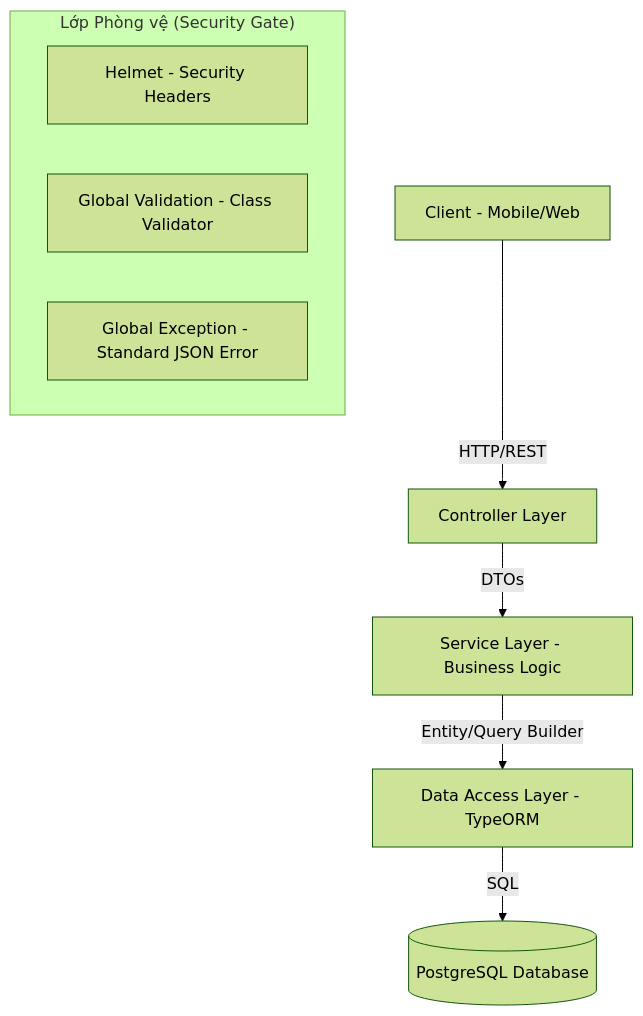
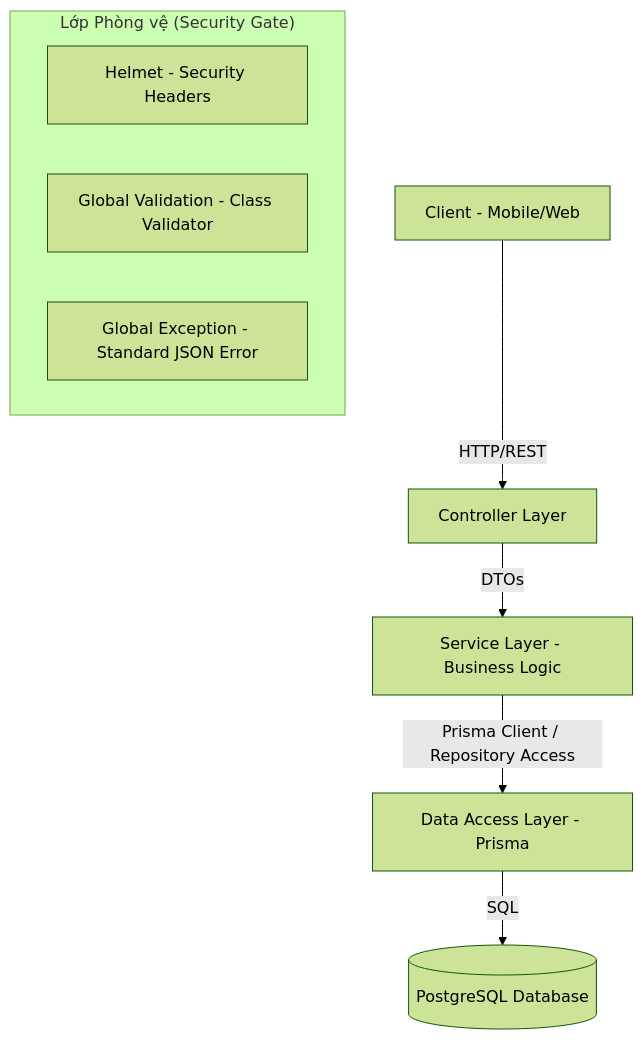
One commit to LuongCongThanh/nestjs_ex changed the first of 2 diagrams in doc/ecommerce-api-doc/01-Phase-1-Foundation/TASK-101-Khởi-tạo-Project-NestJS.md. Above: the diagram before and after it, drawn with Mermaid (forest theme). The commit also changed other lines of this file and 165 other files, not shown here.

````diff
--- a/doc/ecommerce-api-doc/01-Phase-1-Foundation/TASK-101-Khởi-tạo-Project-NestJS.md
+++ b/doc/ecommerce-api-doc/01-Phase-1-Foundation/TASK-101-Khởi-tạo-Project-NestJS.md
@@ -28,13 +30,13 @@
 ```mermaid
 graph TD
     A[Client - Mobile/Web] -->|HTTP/REST| B[Controller Layer]
     B -->|DTOs| C[Service Layer - Business Logic]
-    C -->|Entity/Query Builder| D[Data Access Layer - TypeORM]
+    C -->|Prisma Client / Repository Access| D[Data Access Layer - Prisma]
     D -->|SQL| E[(PostgreSQL Database)]
-    
+
     subgraph Security_Gate ["Lớp Phòng vệ (Security Gate)"]
         B1[Helmet - Security Headers]
         B2[Global Validation - Class Validator]
         B3[Global Exception - Standard JSON Error]
     end
 ```
````
